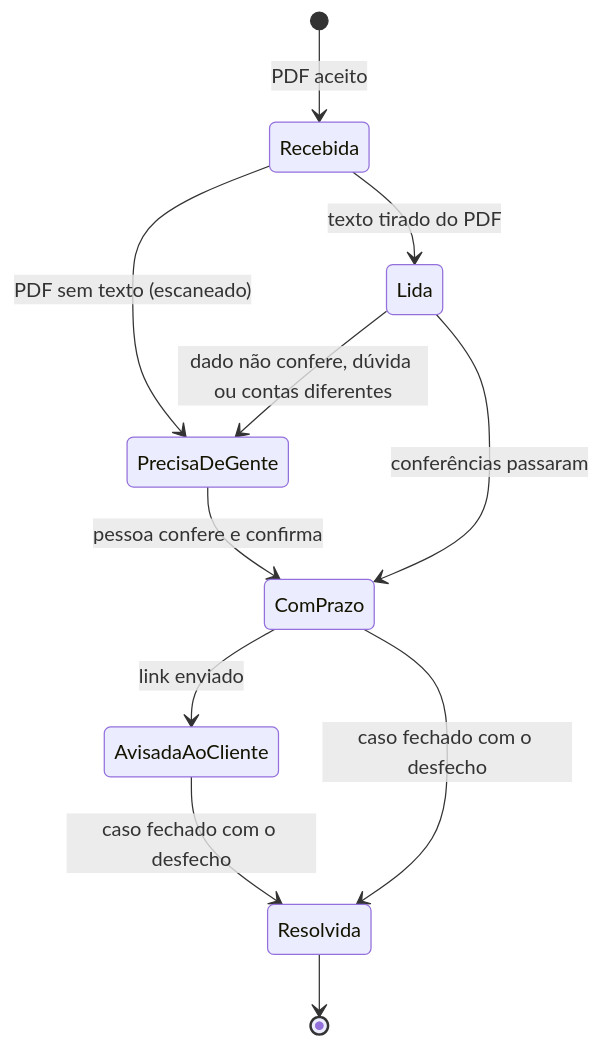
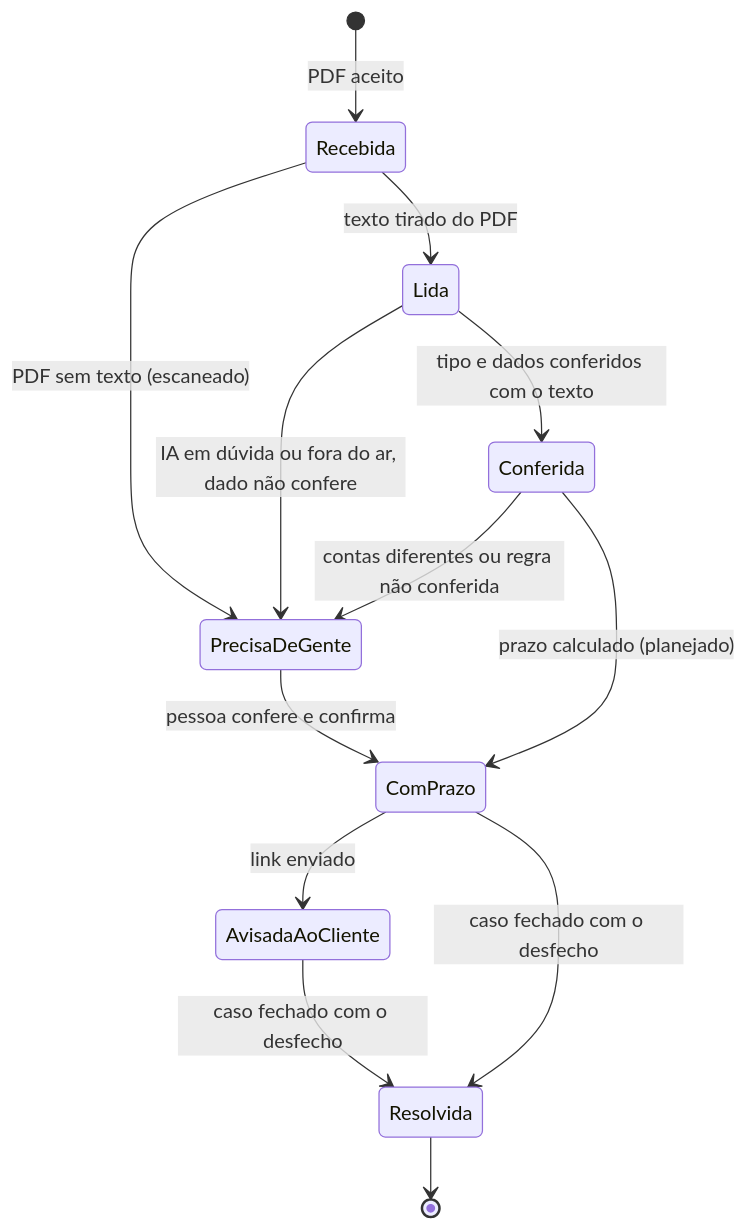
The fifth of 5 diagrams in docs/04-arquitetura/arquitetura.md (namtech-agents/atalaia), drawn with Mermaid before and after one commit. The commit also changed other lines of this file and 1 other file, not shown here.

Commit message:
docs: diagramas com o Analista ligado ao envio e a migração V3 (#142)

````diff
--- a/docs/04-arquitetura/arquitetura.md
+++ b/docs/04-arquitetura/arquitetura.md
@@ -238,13 +280,15 @@
 ```mermaid
 stateDiagram-v2
     [*] --> Recebida: PDF aceito
     Recebida --> PrecisaDeGente: PDF sem texto (escaneado)
     Recebida --> Lida: texto tirado do PDF
-    Lida --> PrecisaDeGente: dado não confere, dúvida ou contas diferentes
-    Lida --> ComPrazo: conferências passaram
+    Lida --> PrecisaDeGente: IA em dúvida ou fora do ar, dado não confere
+    Lida --> Conferida: tipo e dados conferidos com o texto
+    Conferida --> PrecisaDeGente: contas diferentes ou regra não conferida
+    Conferida --> ComPrazo: prazo calculado (planejado)
     PrecisaDeGente --> ComPrazo: pessoa confere e confirma
     ComPrazo --> AvisadaAoCliente: link enviado
     AvisadaAoCliente --> Resolvida: caso fechado com o desfecho
     ComPrazo --> Resolvida: caso fechado com o desfecho
     Resolvida --> [*]
 ```
````
